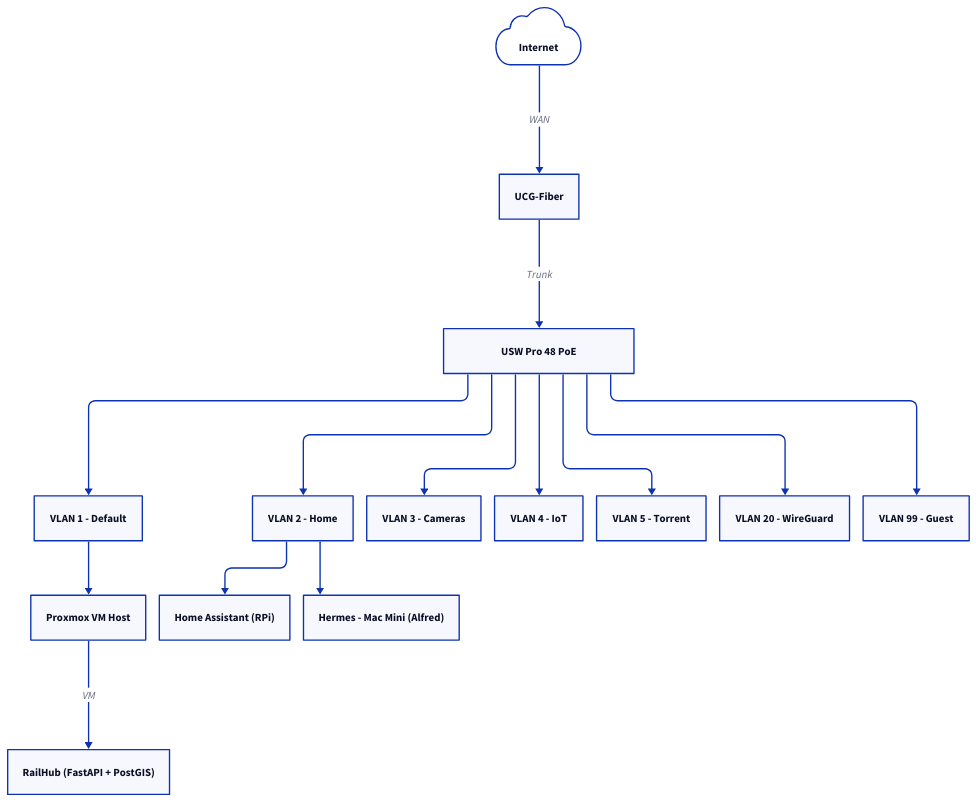
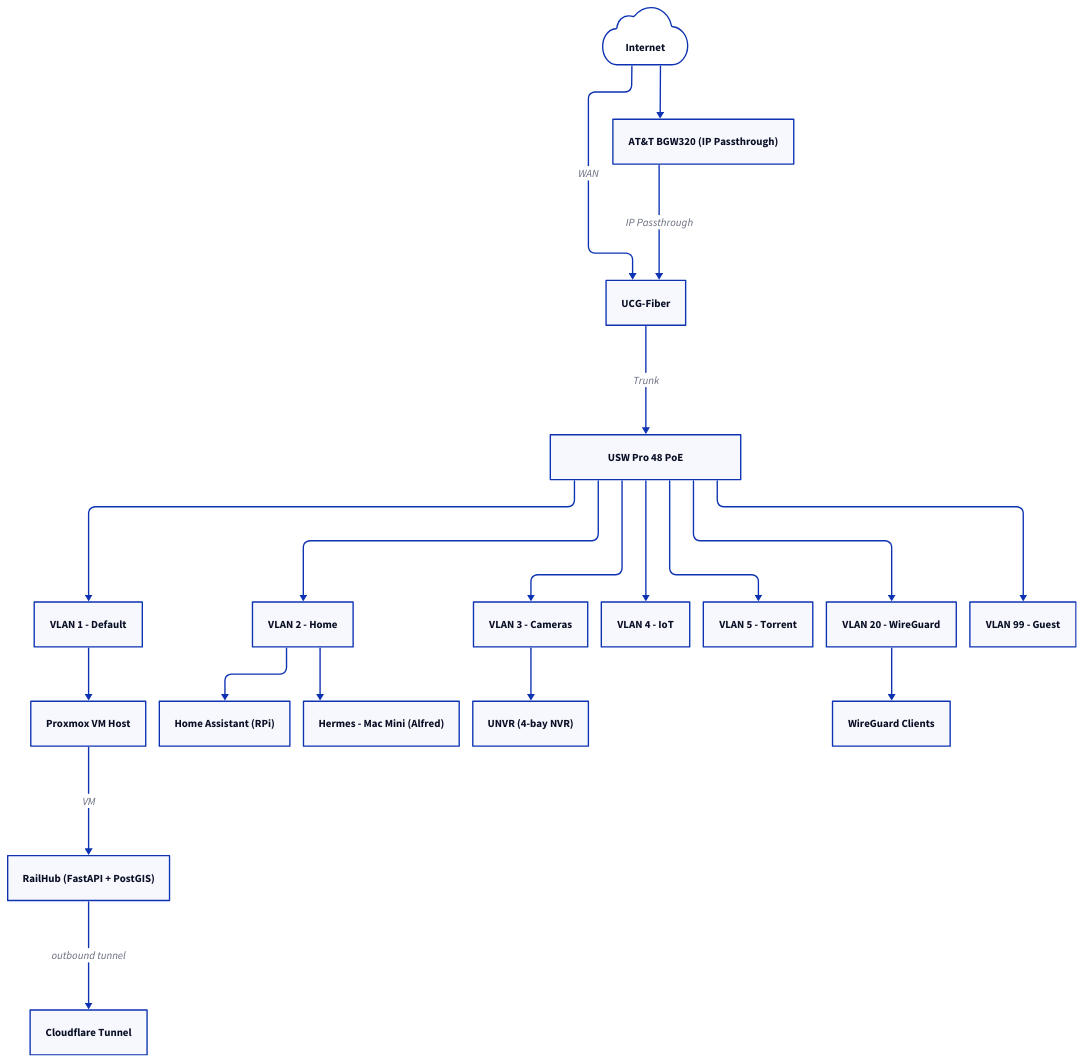
The diagram in docs/diagrams/homelab.d2 (jcgbFW/homelab-diagrams), drawn with D2 before and after one commit. The commit also changed other lines of this file and 1 other file, not shown here.

Commit message:
feat: add BGW320, UNVR, Cloudflare tunnel, WireGuard clients

```diff
--- a/docs/diagrams/homelab.d2
+++ b/docs/diagrams/homelab.d2
@@ -1,41 +1,52 @@
 vars: {
   d2-config: {
     layout-engine: elk
   }
 }
 
 direction: down
 
 internet: Internet {shape: cloud}
 
 ucg: UCG-Fiber {shape: rectangle}
 usw: USW Pro 48 PoE {shape: rectangle}
 
 internet -> ucg: WAN
 ucg -> usw: Trunk
 
 vlan1: VLAN 1 - Default {shape: rectangle}
 vlan2: VLAN 2 - Home {shape: rectangle}
 vlan3: VLAN 3 - Cameras {shape: rectangle}
 vlan4: VLAN 4 - IoT {shape: rectangle}
 vlan5: VLAN 5 - Torrent {shape: rectangle}
 vlan20: VLAN 20 - WireGuard {shape: rectangle}
 vlan99: VLAN 99 - Guest {shape: rectangle}
 
 usw -> vlan1
 usw -> vlan2
 usw -> vlan3
 usw -> vlan4
 usw -> vlan5
 usw -> vlan20
 usw -> vlan99
 
 proxmox: Proxmox VM Host {shape: rectangle}
 railhub: RailHub (FastAPI + PostGIS) {shape: rectangle}
 homeassistant: Home Assistant (RPi) {shape: rectangle}
 hermes: Hermes - Mac Mini (Alfred) {shape: rectangle}
 
 vlan1 -> proxmox
 proxmox -> railhub: VM
 vlan2 -> homeassistant
 vlan2 -> hermes
+att: AT&T BGW320 (IP Passthrough) {shape: rectangle}
+unvr: UNVR (4-bay NVR) {shape: rectangle}
+cloudflare: Cloudflare Tunnel {shape: rectangle}
+wireguard_clients: WireGuard Clients {shape: rectangle}
+
+internet -> att
+att -> ucg: IP Passthrough
+
+vlan3 -> unvr
+vlan20 -> wireguard_clients
+railhub -> cloudflare: outbound tunnel 
```
